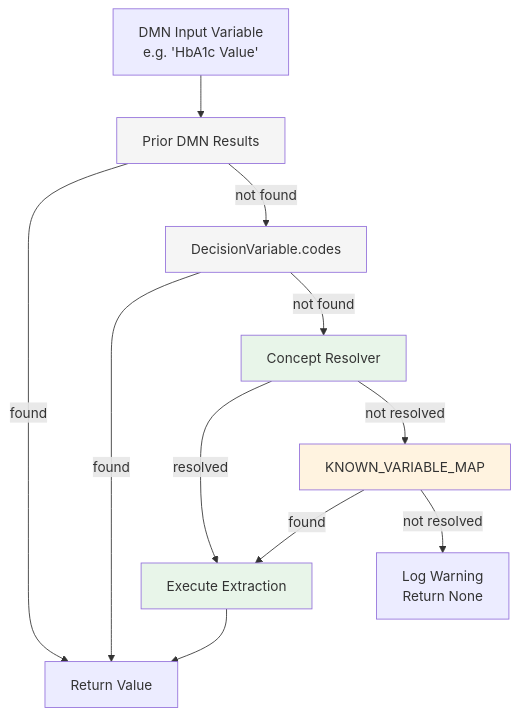
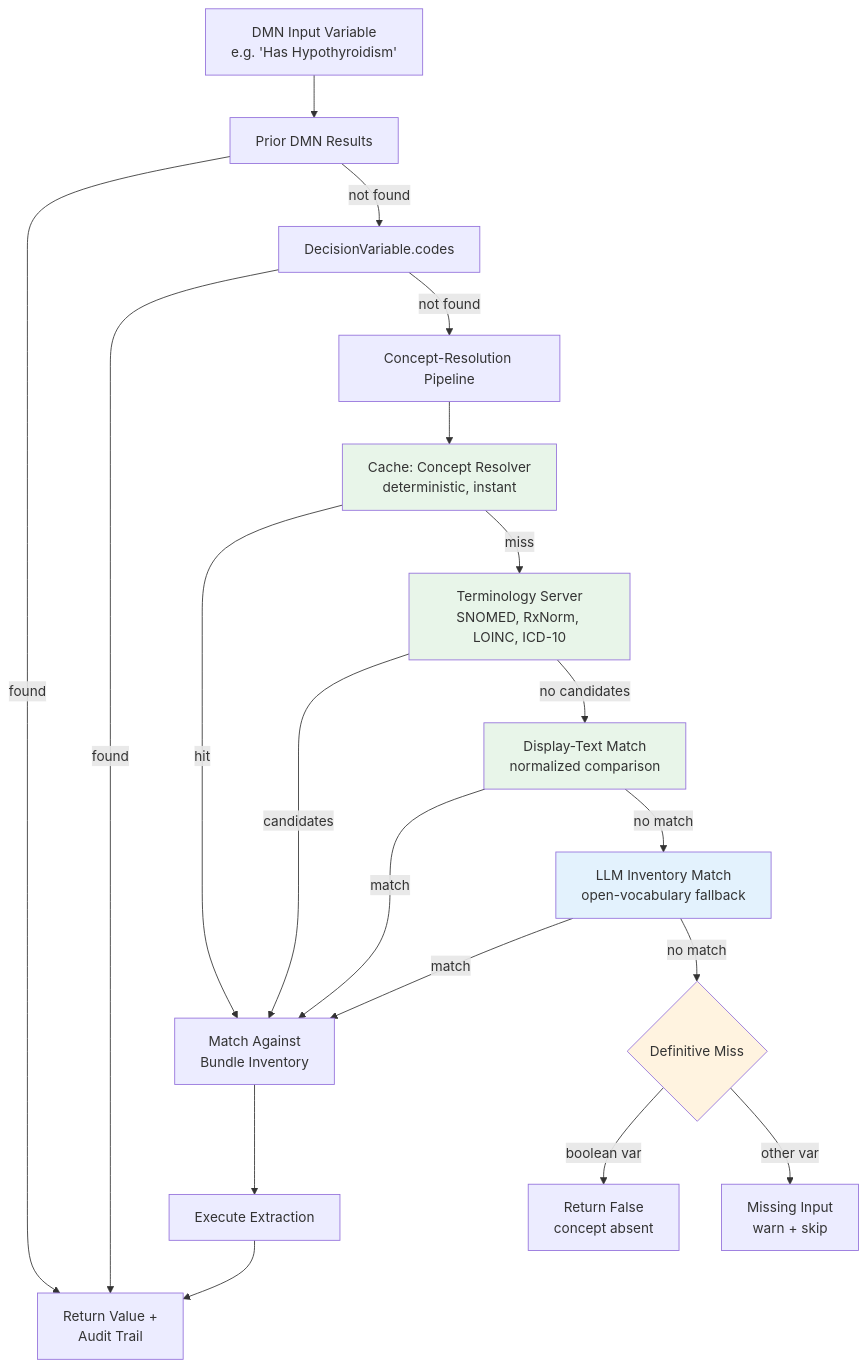
One commit to jaideepr97/cpg-to-acp changed the diagram in docs/clinical-data-qa.md. Above: the diagram before and after it, drawn with Mermaid. The commit also changed other lines of this file and 1 other file, not shown here.

First line of the commit message:
Update clinical QA and README docs for production pipeline wiring

````diff
--- a/docs/clinical-data-qa.md
+++ b/docs/clinical-data-qa.md
@@ -9,19 +9,29 @@
 ```mermaid
 graph TD
-    Q[DMN Input Variable<br/>e.g. 'HbA1c Value'] --> P[Prior DMN Results]
-    P -->|found| R[Return Value]
+    Q[DMN Input Variable<br/>e.g. 'Has Hypothyroidism'] --> P[Prior DMN Results]
+    P -->|found| R[Return Value +<br/>Audit Trail]
     P -->|not found| DC[DecisionVariable.codes]
     DC -->|found| R
-    DC -->|not found| CR[Concept Resolver]
-    CR -->|resolved| EX[Execute Extraction]
-    CR -->|not resolved| VM[KNOWN_VARIABLE_MAP]
-    VM -->|found| EX
-    VM -->|not resolved| WARN[Log Warning<br/>Return None]
+    DC -->|not found| PL[Concept-Resolution Pipeline]
+
+    PL --> C[Cache: Concept Resolver<br/>deterministic, instant]
+    C -->|hit| INV[Match Against<br/>Bundle Inventory]
+    C -->|miss| TS[Terminology Server<br/>SNOMED, RxNorm, LOINC, ICD-10]
+    TS -->|candidates| INV
+    TS -->|no candidates| DT[Display-Text Match<br/>normalized comparison]
+    DT -->|match| INV
+    DT -->|no match| LLM[LLM Inventory Match<br/>open-vocabulary fallback]
+    LLM -->|match| INV
+    LLM -->|no match| DM{Definitive Miss}
+    INV --> EX[Execute Extraction]
     EX --> R
 
-    style CR fill:#e8f5e9
-    style EX fill:#e8f5e9
-    style P fill:#f5f5f5
-    style DC fill:#f5f5f5
-    style VM fill:#fff3e0
+    DM -->|boolean var| F[Return False<br/>concept absent]
+    DM -->|other var| MISS[Missing Input<br/>warn + skip]
+
+    style C fill:#e8f5e9
+    style TS fill:#e8f5e9
+    style DT fill:#e8f5e9
+    style LLM fill:#e3f2fd
+    style DM fill:#fff3e0
 ```
````
